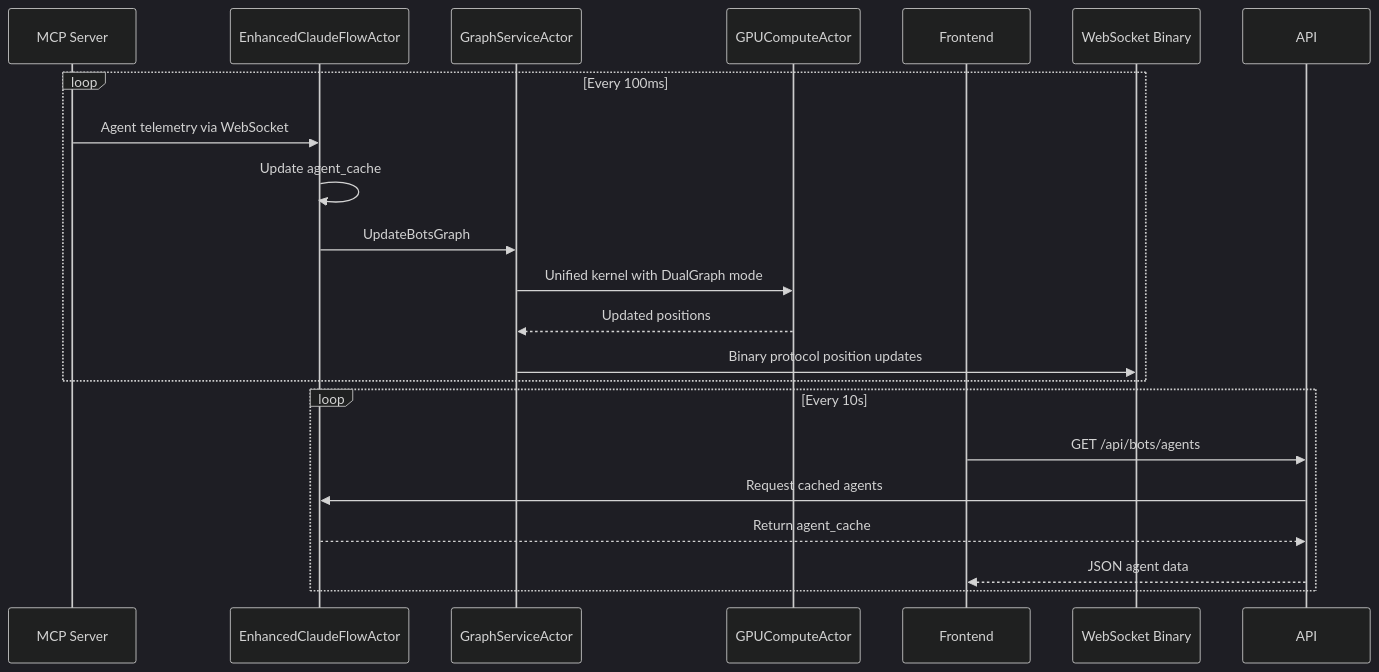
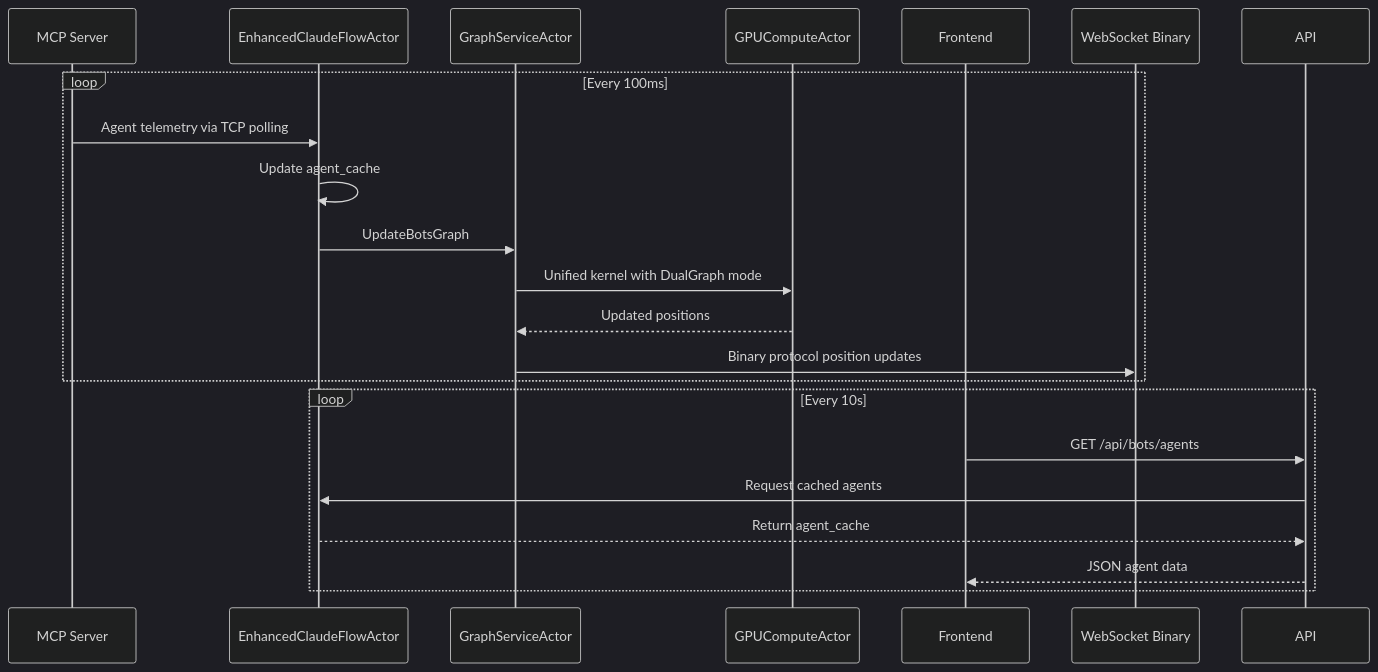
One commit to DreamLab-AI/VisionFlow changed the third of 3 diagrams in docs/architecture/mcp-integration.md. Above: the diagram before and after it, drawn with Mermaid (dark theme). The commit also changed other lines of this file and 69 other files, not shown here.

````diff
--- a/docs/architecture/mcp-integration.md
+++ b/docs/architecture/mcp-integration.md
@@ -201,25 +201,25 @@
 ```mermaid
 sequenceDiagram
     participant MCP as MCP Server
     participant ECFA as EnhancedClaudeFlowActor
     participant GSA as GraphServiceActor
     participant GPU as GPUComputeActor
     participant UI as Frontend
     participant WS as WebSocket Binary
 
     loop Every 100ms
-        MCP->>ECFA: Agent telemetry via WebSocket
+        MCP->>ECFA: Agent telemetry via TCP polling
         ECFA->>ECFA: Update agent_cache
         ECFA->>GSA: UpdateBotsGraph
         GSA->>GPU: Unified kernel with DualGraph mode
         GPU-->>GSA: Updated positions
         GSA->>WS: Binary protocol position updates
     end
 
     loop Every 10s
         UI->>API: GET /api/bots/agents
         API->>ECFA: Request cached agents
         ECFA-->>API: Return agent_cache
         API-->>UI: JSON agent data
     end
 ```
````
